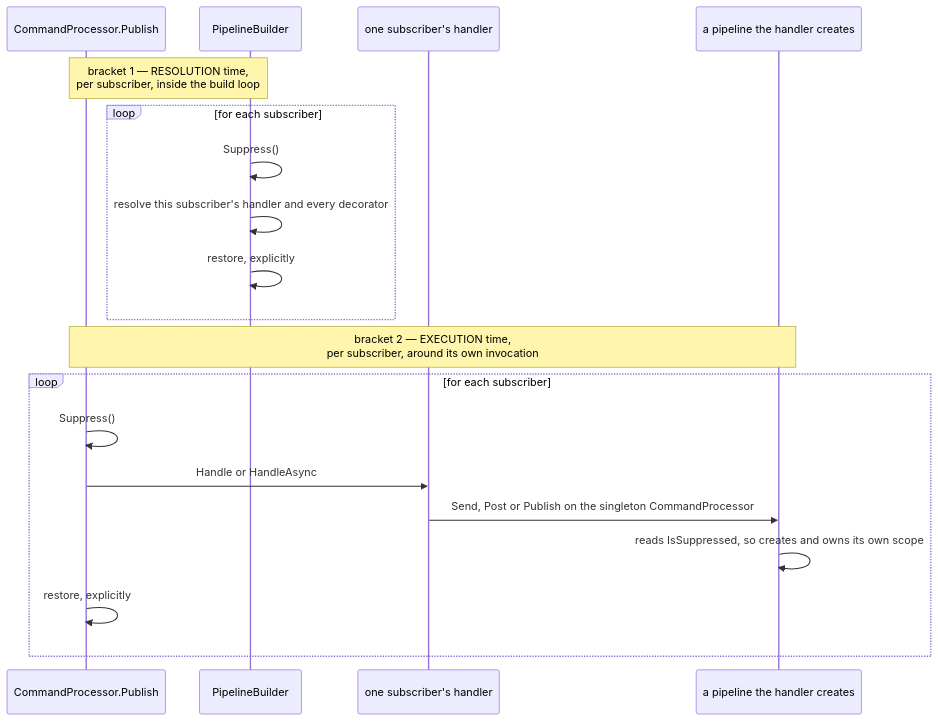
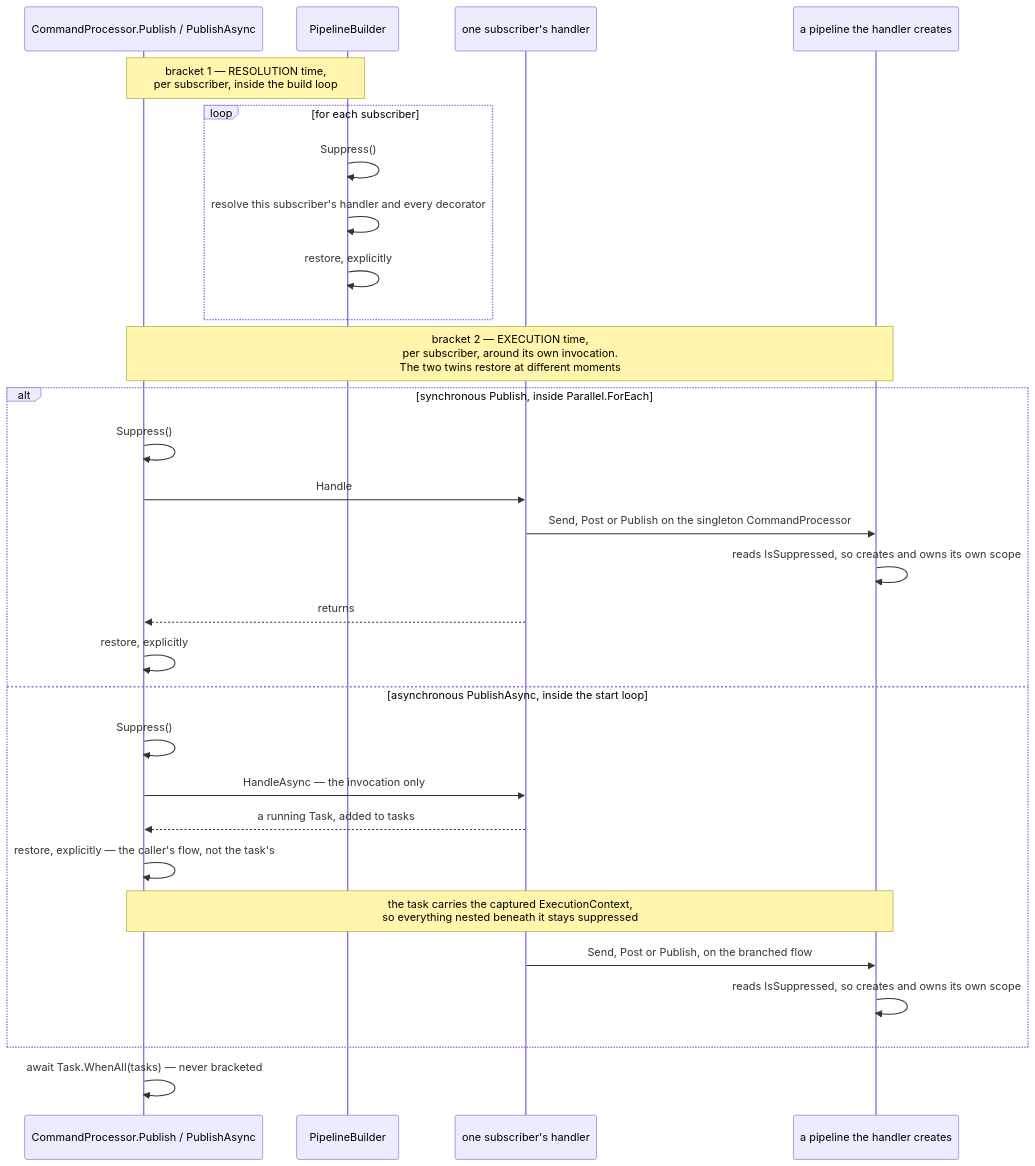
Before and after one commit to BrighterCommand/Brighter: the first of 2 diagrams in docs/adr/0075-publish-subscriber-scope-suppression.md, drawn with Mermaid. The commit also changed other lines of this file and 2 other files, not shown here.

````diff
--- a/docs/adr/0075-publish-subscriber-scope-suppression.md
+++ b/docs/adr/0075-publish-subscriber-scope-suppression.md
@@ -91,23 +91,33 @@
 ```mermaid
 sequenceDiagram
-    participant CP as CommandProcessor.Publish
+    participant CP as CommandProcessor.Publish / PublishAsync
     participant PB as PipelineBuilder
     participant Sub as one subscriber's handler
     participant Nested as a pipeline the handler creates
 
     Note over CP,PB: bracket 1 — RESOLUTION time,<br/>per subscriber, inside the build loop
     loop for each subscriber
         PB->>PB: Suppress()
         PB->>PB: resolve this subscriber's handler and every decorator
         PB->>PB: restore, explicitly
     end
 
-    Note over CP,Nested: bracket 2 — EXECUTION time,<br/>per subscriber, around its own invocation
-    loop for each subscriber
+    Note over CP,Nested: bracket 2 — EXECUTION time,<br/>per subscriber, around its own invocation.<br/>The two twins restore at different moments
+    alt synchronous Publish, inside Parallel.ForEach
         CP->>CP: Suppress()
-        CP->>Sub: Handle or HandleAsync
+        CP->>Sub: Handle
         Sub->>Nested: Send, Post or Publish on the singleton CommandProcessor
         Nested->>Nested: reads IsSuppressed, so creates and owns its own scope
+        Sub-->>CP: returns
         CP->>CP: restore, explicitly
+    else asynchronous PublishAsync, inside the start loop
+        CP->>CP: Suppress()
+        CP->>Sub: HandleAsync — the invocation only
+        Sub-->>CP: a running Task, added to tasks
+        CP->>CP: restore, explicitly — the caller's flow, not the task's
+        Note over CP,Nested: the task carries the captured ExecutionContext,<br/>so everything nested beneath it stays suppressed
+        Sub->>Nested: Send, Post or Publish, on the branched flow
+        Nested->>Nested: reads IsSuppressed, so creates and owns its own scope
     end
+    CP->>CP: await Task.WhenAll(tasks) — never bracketed
 ```
````
